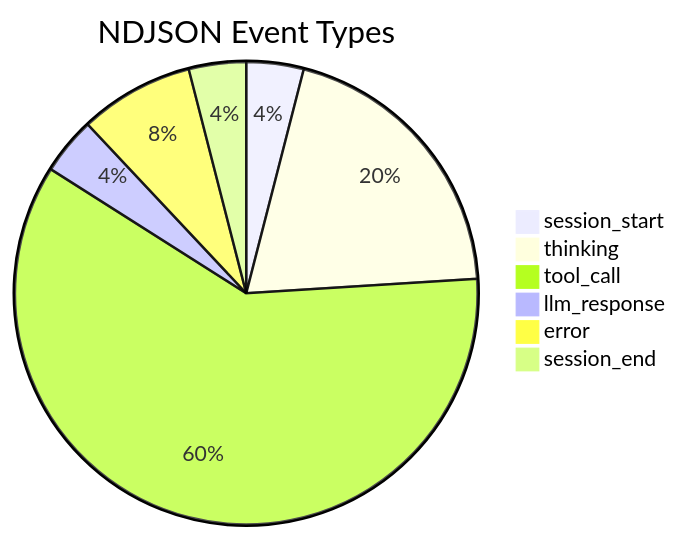
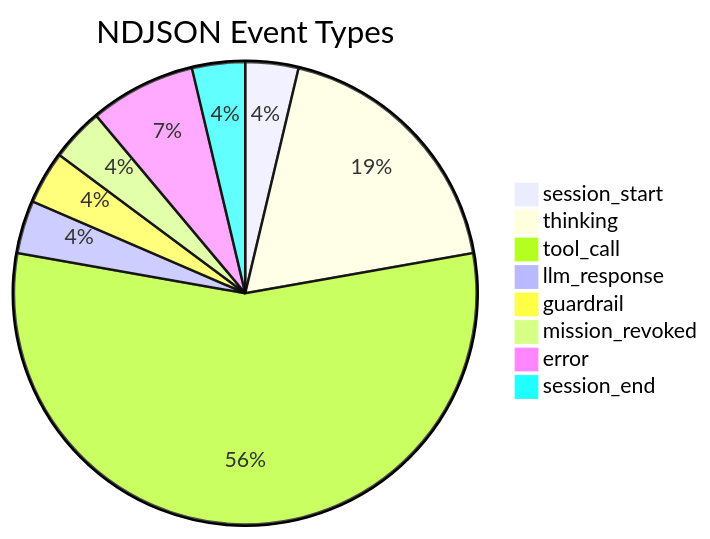
Before and after one commit to lg841226/Gradum: the sixth of 27 diagrams in docs/ARCHITECTURE.md, drawn with Mermaid. The commit also changed other lines of this file and 8 other files, not shown here.

Commit message:
feat(guardrail): add mission revocation system with red line keyword, repetitive loop, and tool runaway detection

````diff
--- a/docs/ARCHITECTURE.md
+++ b/docs/ARCHITECTURE.md
@@ -477,9 +496,11 @@
 ```mermaid
 pie title NDJSON Event Types
     "session_start" : 1
     "thinking" : 5
     "tool_call" : 15
     "llm_response" : 1
+    "guardrail" : 1
+    "mission_revoked" : 1
     "error" : 2
     "session_end" : 1
 ```
````
